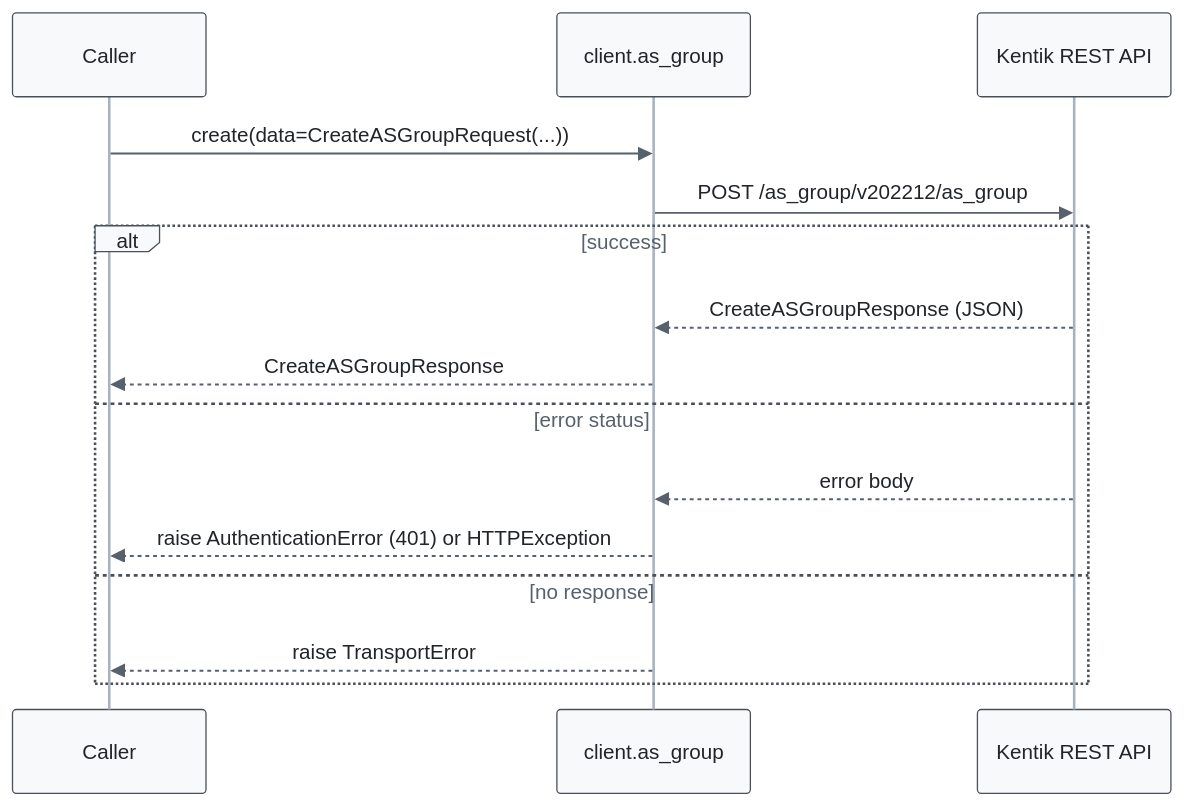
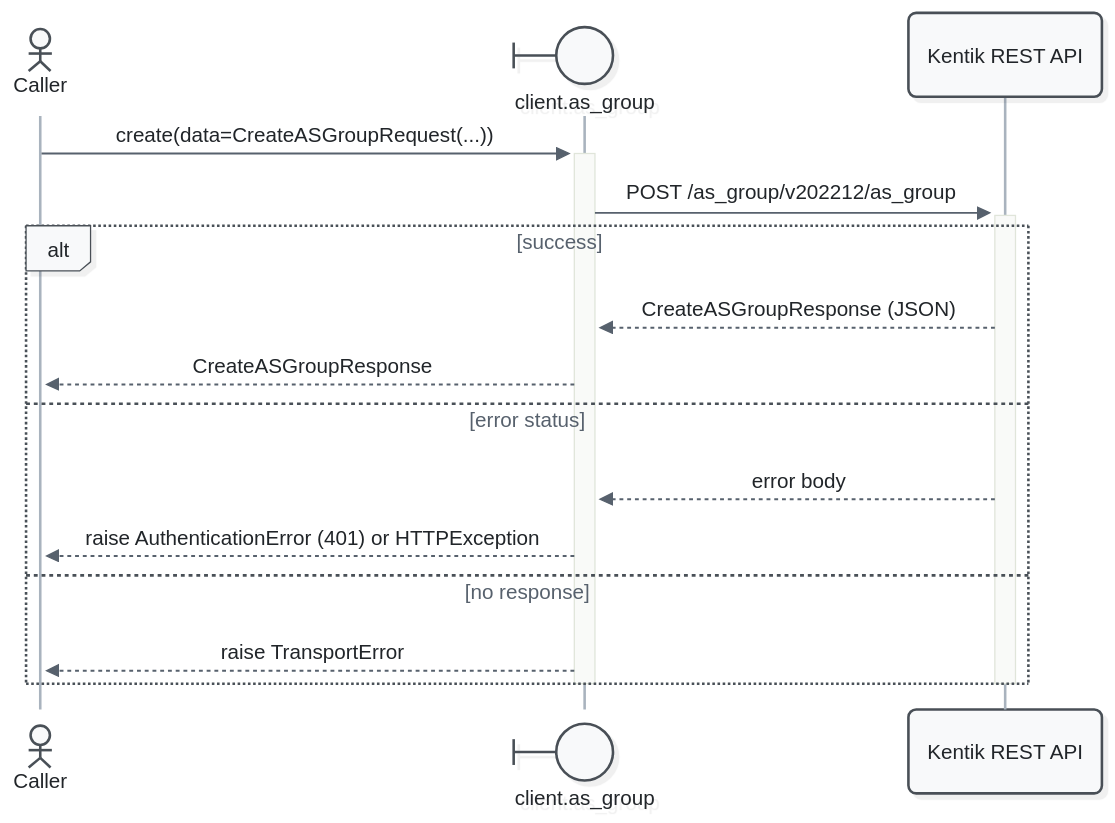
The third of 11 diagrams in docs/sphinx/services/as_group.md (alexdearaujo/community_sdk_python), drawn with Mermaid before and after one commit. The commit also changed other lines of this file and 52 other files, not shown here.

First line of the commit message:
docs: Mermaid 12 sequence diagrams with participant types and path colors

````diff
--- a/docs/sphinx/services/as_group.md
+++ b/docs/sphinx/services/as_group.md
@@ -103,19 +108,21 @@
 ```mermaid
-%%{init: {"theme": "base", "fontFamily": "ui-monospace, SFMono-Regular, Menlo, monospace", "themeVariables": {"fontFamily": "ui-monospace, SFMono-Regular, Menlo, monospace", "primaryColor": "#f8f9fa", "primaryBorderColor": "#495057", "primaryTextColor": "#212529", "textColor": "#212529", "lineColor": "#77818c", "edgeLabelBackground": "#ffffff", "actorBkg": "#f8f9fa", "actorBorder": "#495057", "actorTextColor": "#212529", "actorLineColor": "#a9b3be", "signalColor": "#57616d", "signalTextColor": "#212529", "labelBoxBkgColor": "#f8f9fa", "labelBoxBorderColor": "#495057", "labelTextColor": "#212529", "loopTextColor": "#57616d", "noteBkgColor": "#fff9db", "noteBorderColor": "#f08c00", "noteTextColor": "#a35a00"}, "flowchart": {"curve": "step", "nodeSpacing": 30, "rankSpacing": 70, "wrappingWidth": 400}}}%%
+%%{init: {"theme": "redux", "look": "neo", "layout": "dagre", "fontFamily": "ui-monospace, SFMono-Regular, Menlo, monospace", "themeVariables": {"fontFamily": "ui-monospace, SFMono-Regular, Menlo, monospace", "primaryColor": "#f8f9fa", "primaryBorderColor": "#495057", "primaryTextColor": "#212529", "textColor": "#212529", "lineColor": "#77818c", "edgeLabelBackground": "#ffffff", "actorBkg": "#f8f9fa", "actorBorder": "#495057", "actorTextColor": "#212529", "actorLineColor": "#a9b3be", "signalColor": "#57616d", "signalTextColor": "#212529", "labelBoxBkgColor": "#f8f9fa", "labelBoxBorderColor": "#495057", "labelTextColor": "#212529", "loopTextColor": "#57616d", "noteBkgColor": "#fff9db", "noteBorderColor": "#f08c00", "noteTextColor": "#a35a00"}, "sequence": {"activationWidth": 16}, "flowchart": {"curve": "step", "nodeSpacing": 30, "rankSpacing": 70, "wrappingWidth": 400}}}%%
 sequenceDiagram
-    participant C as Caller
-    participant W as client.as_group
+    actor C as Caller
+    participant W@{ "type": "boundary" } as client.as_group
     participant API as Kentik REST API
 
-    C->>W: create(data=CreateASGroupRequest(...))
-    W->>API: POST /as_group/v202212/as_group
+    C->>+W: create(data=CreateASGroupRequest(...))
+    W->>+API: POST /as_group/v202212/as_group
     alt success
         API-->>W: CreateASGroupResponse (JSON)
         W-->>C: CreateASGroupResponse
     else error status
         API-->>W: error body
         W-->>C: raise AuthenticationError (401) or HTTPException
     else no response
         W-->>C: raise TransportError
     end
+    deactivate API
+    deactivate W
 ```
````
